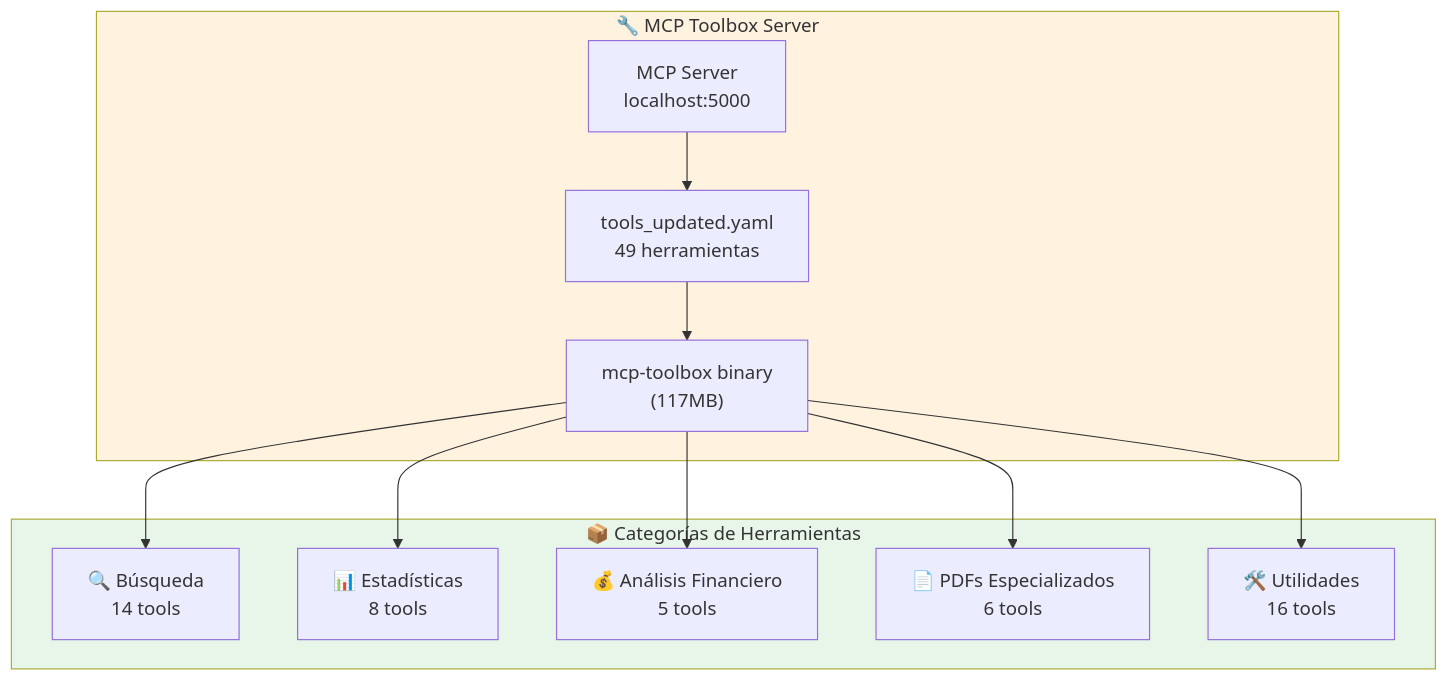
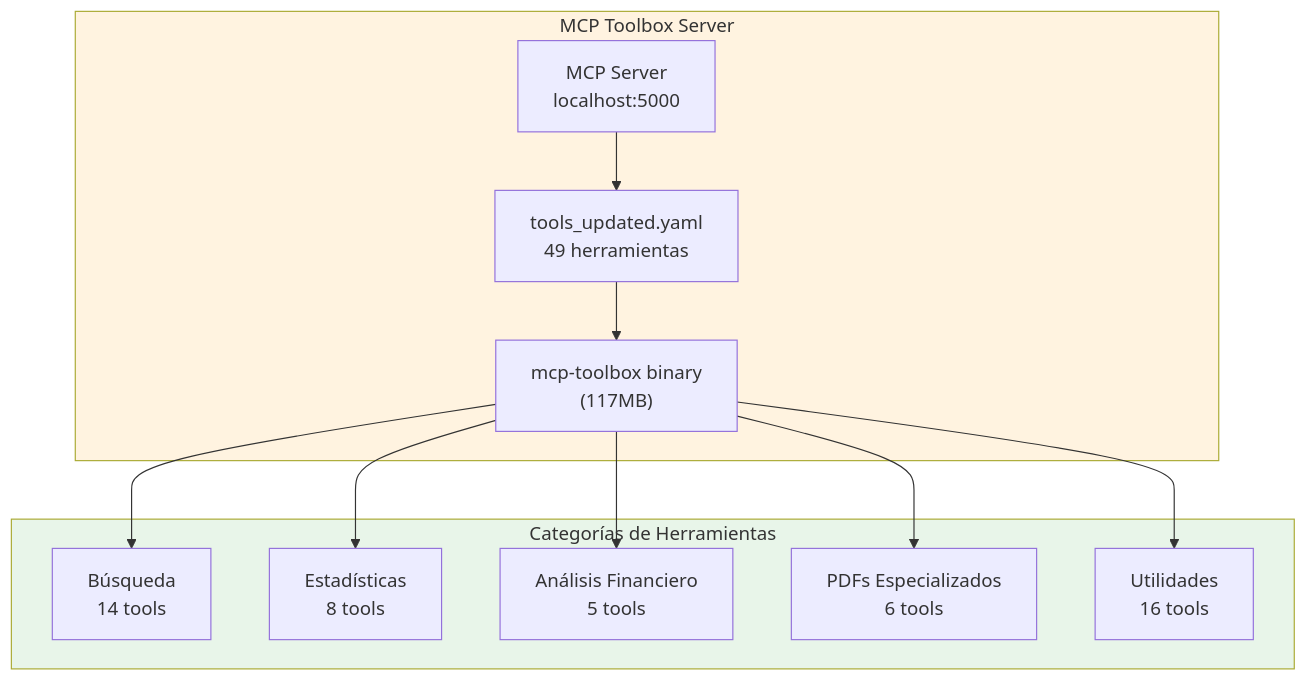
The fourth of 16 diagrams in docs/official/architecture/20_SYSTEM_ARCHITECTURE.md (miguelp7200/agente), drawn with Mermaid before and after one commit. The commit also changed other lines of this file and 12 other files, not shown here.

````diff
--- a/docs/official/architecture/20_SYSTEM_ARCHITECTURE.md
+++ b/docs/official/architecture/20_SYSTEM_ARCHITECTURE.md
@@ -201,27 +201,27 @@
 ```mermaid
 graph TB
-    subgraph MCP["🔧 MCP Toolbox Server"]
+    subgraph MCP["MCP Toolbox Server"]
         Server["MCP Server<br/>localhost:5000"]
         Config["tools_updated.yaml<br/>49 herramientas"]
         Binary["mcp-toolbox binary<br/>(117MB)"]
     end
     
-    subgraph Tools["📦 Categorías de Herramientas"]
-        Search["🔍 Búsqueda<br/>14 tools"]
-        Stats["📊 Estadísticas<br/>8 tools"]
-        Financial["💰 Análisis Financiero<br/>5 tools"]
-        PDF["📄 PDFs Especializados<br/>6 tools"]
-        Utility["🛠️ Utilidades<br/>16 tools"]
+    subgraph Tools["Categorías de Herramientas"]
+        Search["Búsqueda<br/>14 tools"]
+        Stats["Estadísticas<br/>8 tools"]
+        Financial["Análisis Financiero<br/>5 tools"]
+        PDF["PDFs Especializados<br/>6 tools"]
+        Utility["Utilidades<br/>16 tools"]
     end
     
     Server --> Config
     Config --> Binary
     Binary --> Search
     Binary --> Stats
     Binary --> Financial
     Binary --> PDF
     Binary --> Utility
     
     style MCP fill:#fff3e0
     style Tools fill:#e8f5e9
 ```
````
